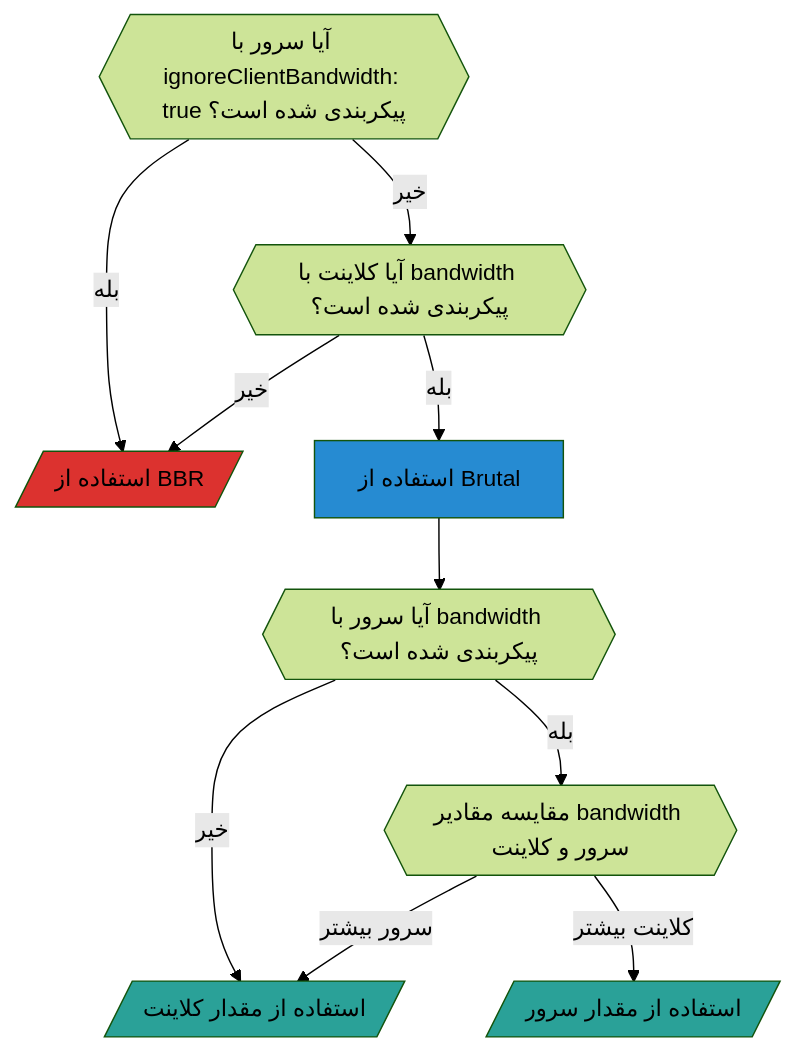
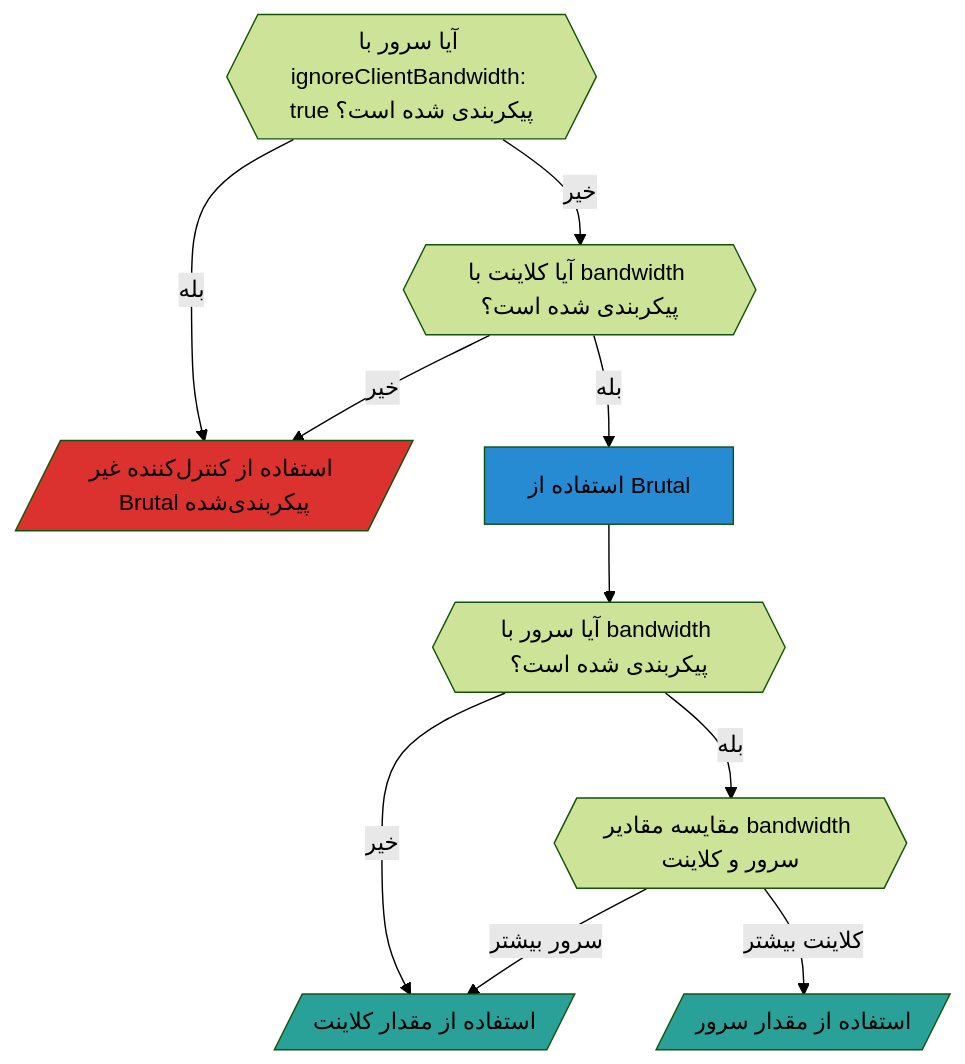
The first of 2 diagrams in docs/docs/advanced/Full-Server-Config.fa.md (apernet/hysteria-website), drawn with Mermaid (forest theme) before and after one commit. The commit also changed other lines of this file and 37 other files, not shown here.

````diff
--- a/docs/docs/advanced/Full-Server-Config.fa.md
+++ b/docs/docs/advanced/Full-Server-Config.fa.md
@@ -155,17 +190,17 @@
 ```mermaid
 graph TD;
-    ICB{{"آیا سرور با ignoreClientBandwidth: true پیکربندی شده است؟"}} -- "بله" --> BBR[/"استفاده از BBR"/];
+    ICB{{"آیا سرور با ignoreClientBandwidth: true پیکربندی شده است؟"}} -- "بله" --> NonBrutal[/"استفاده از کنترل‌کننده غیر Brutal پیکربندی‌شده"/];
     ICB -- "خیر" --> C_has_BW;
-    C_has_BW{{"آیا کلاینت با bandwidth پیکربندی شده است؟"}} -- "خیر" --> BBR;
+    C_has_BW{{"آیا کلاینت با bandwidth پیکربندی شده است؟"}} -- "خیر" --> NonBrutal;
     C_has_BW -- "بله" --> Brutal;
     Brutal["استفاده از Brutal"] --> S_has_BW;
     S_has_BW{{"آیا سرور با bandwidth پیکربندی شده است؟"}} -- "خیر" --> Brutal_C[/"استفاده از مقدار کلاینت"/];
     S_has_BW -- "بله" --> S_C_CMP;
     S_C_CMP{{"مقایسه مقادیر bandwidth سرور و کلاینت"}} -- "سرور بیشتر" --> Brutal_C;
     S_C_CMP -- "کلاینت بیشتر" --> Brutal_S[/"استفاده از مقدار سرور"/];
 
-    style BBR fill:#dc322f;
+    style NonBrutal fill:#dc322f;
     style Brutal fill:#268bd2;
     style Brutal_C fill:#2aa198;
     style Brutal_S fill:#2aa198;
 ```
````
